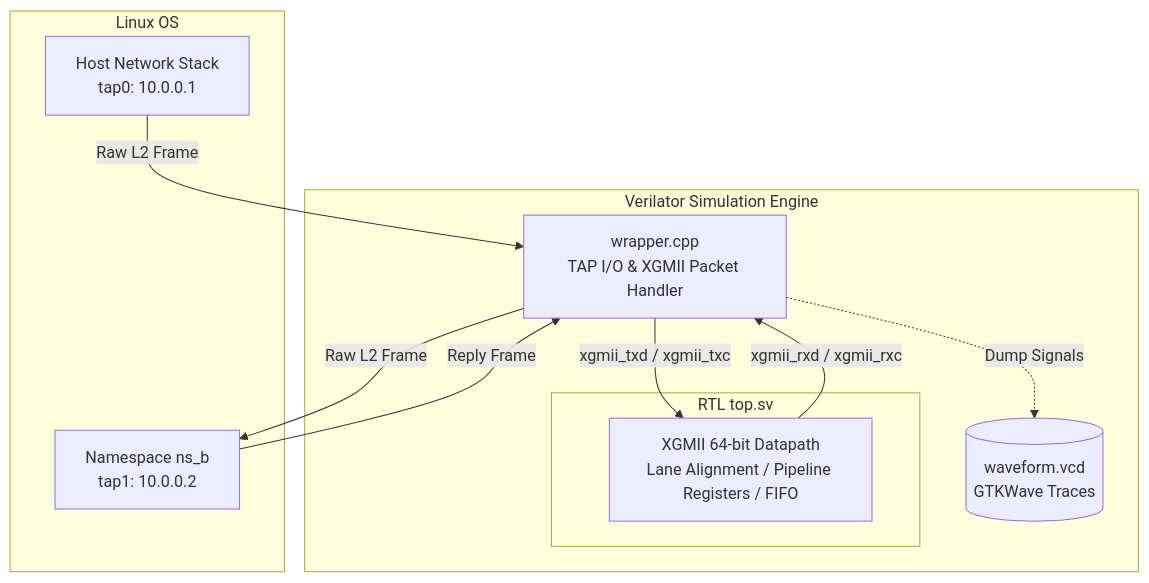
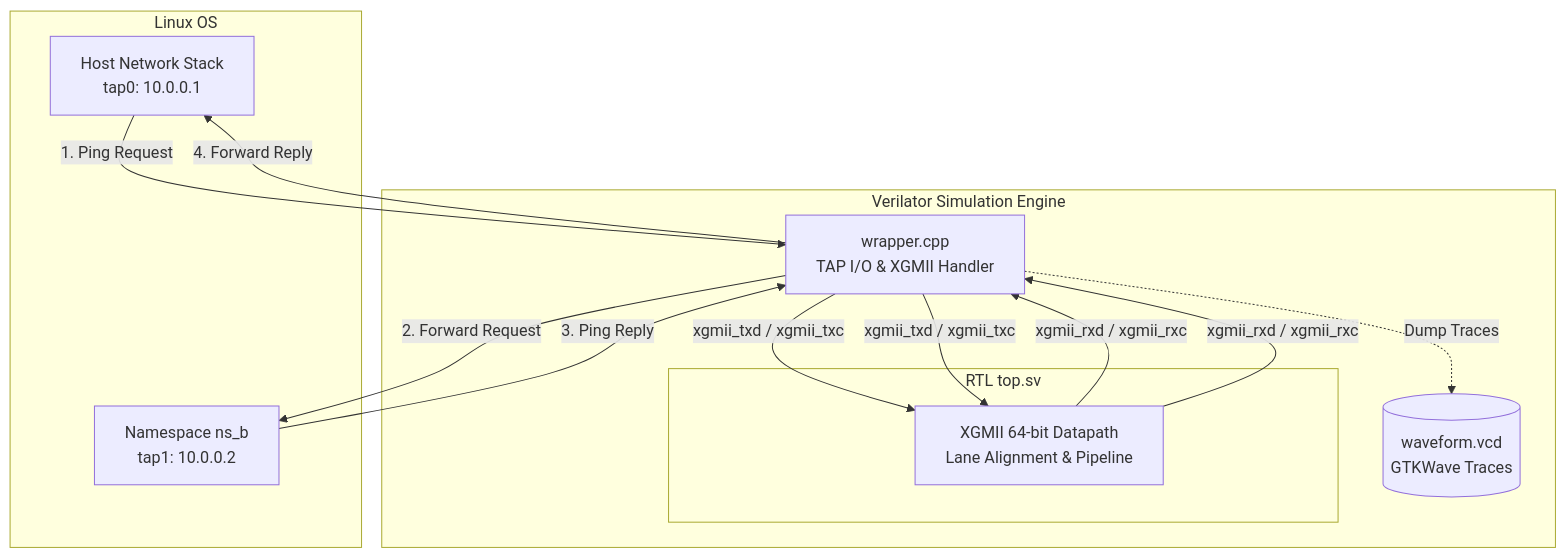
One commit to 1v6n/ethernet-phy-labs changed the diagram in lab2-xgmii-64bit/TESTBENCH.md. Above: the diagram before and after it, drawn with Mermaid. The commit also changed other lines of this file and 1 other file, not shown here.

````diff
--- a/lab2-xgmii-64bit/TESTBENCH.md
+++ b/lab2-xgmii-64bit/TESTBENCH.md
@@ -5,25 +5,31 @@
 ```mermaid
 graph TD
     subgraph Linux OS
         A[Host Network Stack<br/>tap0: 10.0.0.1]
         B[Namespace ns_b<br/>tap1: 10.0.0.2]
     end
 
     subgraph Verilator Simulation Engine
-        W[wrapper.cpp<br/>TAP I/O & XGMII Packet Handler]
+        W[wrapper.cpp<br/>TAP I/O & XGMII Handler]
         
         subgraph RTL top.sv
-            XGMII[XGMII 64-bit Datapath<br/>Lane Alignment / Pipeline Registers / FIFO]
+            XGMII[XGMII 64-bit Datapath<br/>Lane Alignment & Pipeline]
         end
         
         VCD[(waveform.vcd<br/>GTKWave Traces)]
     end
 
-    A -->|Raw L2 Frame| W
+    %% Request Path (Host -> ns_b)
+    A -->|1. Ping Request| W
     W -->|xgmii_txd / xgmii_txc| XGMII
     XGMII -->|xgmii_rxd / xgmii_rxc| W
-    W -->|Raw L2 Frame| B
+    W -->|2. Forward Request| B
 
-    B -->|Reply Frame| W
-    W -.->|Dump Signals| VCD
+    %% Reply Path (ns_b -> Host)
+    B -->|3. Ping Reply| W
+    W -->|xgmii_txd / xgmii_txc| XGMII
+    XGMII -->|xgmii_rxd / xgmii_rxc| W
+    W -->|4. Forward Reply| A
+
+    W -.->|Dump Traces| VCD
 ```
````
